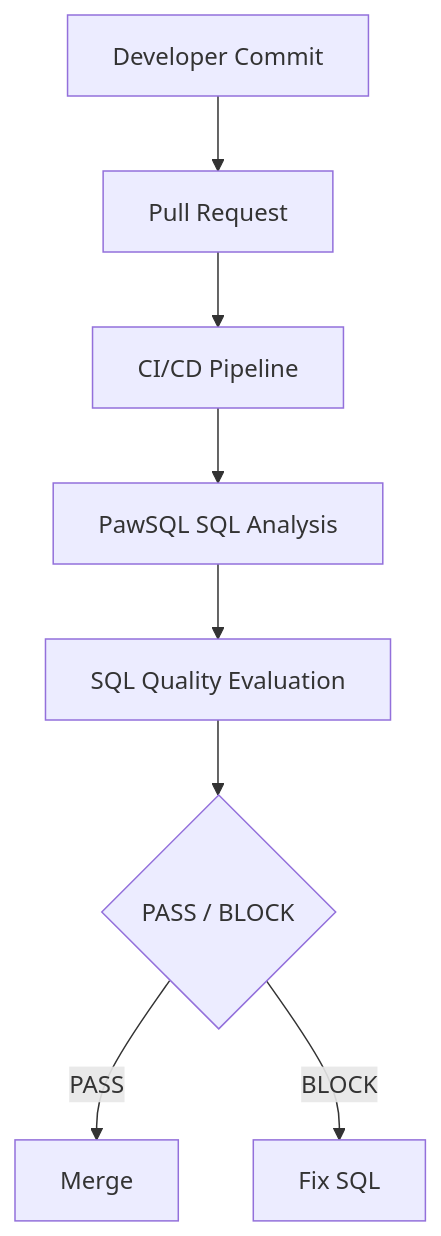
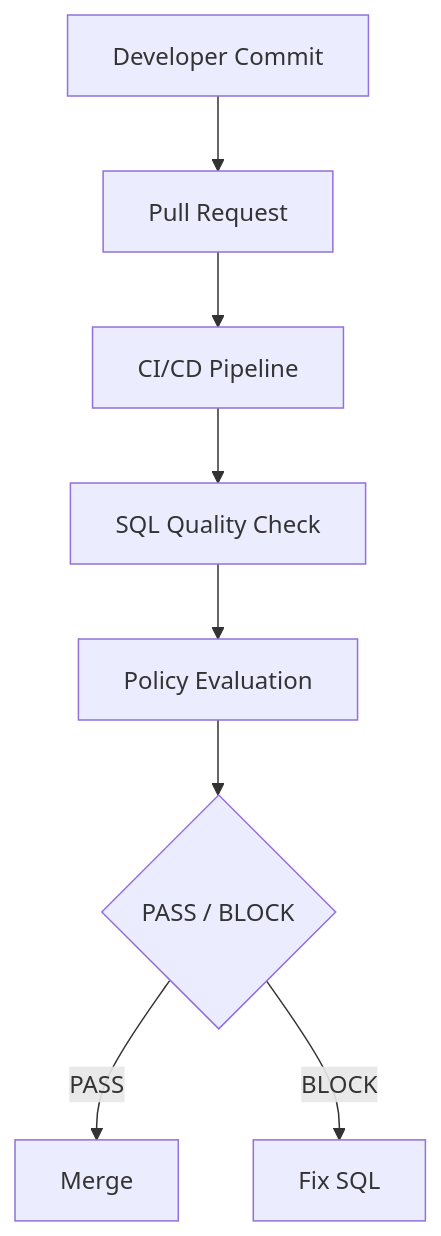
The first of 2 diagrams in docs/en/use-cases/sql-quality-gate-cicd.mdx (PawSQL/pawsql-docs-mantlify), drawn with Mermaid before and after one commit. The commit also changed other lines of this file and 82 other files, not shown here.

````diff
--- a/docs/en/use-cases/sql-quality-gate-cicd.mdx
+++ b/docs/en/use-cases/sql-quality-gate-cicd.mdx
@@ -137,8 +46,8 @@
 ```mermaid
 flowchart TD
     A[Developer Commit] --> B[Pull Request] --> C[CI/CD Pipeline]
-    C --> D[PawSQL SQL Analysis] --> E[SQL Quality Evaluation]
+    C --> D[SQL Quality Check] --> E[Policy Evaluation]
     E --> F{PASS / BLOCK}
     F -->|PASS| G[Merge]
     F -->|BLOCK| H[Fix SQL]
 ```
````
